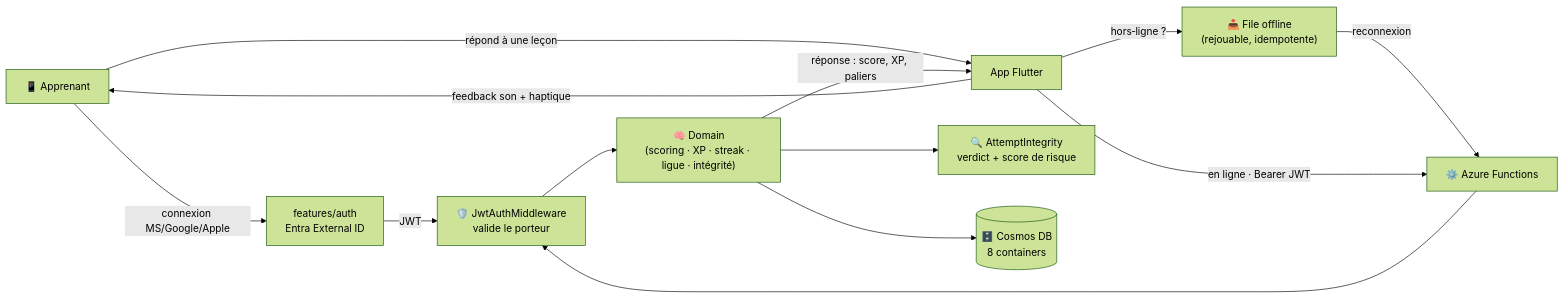
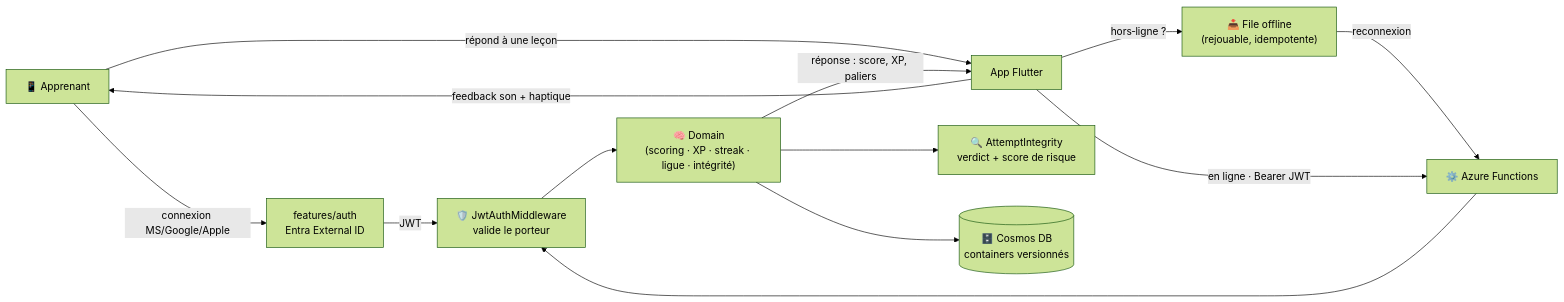
The second of 5 diagrams in docs/ETAT_DU_PROJET.md (gaby27072001/certigo), drawn with Mermaid (forest theme) before and after one commit. The commit also changed other lines of this file and 16 other files, not shown here.

````diff
--- a/docs/ETAT_DU_PROJET.md
+++ b/docs/ETAT_DU_PROJET.md
@@ -90,15 +129,15 @@
 ```mermaid
 flowchart LR
     U["📱 Apprenant"] -->|"connexion MS/Google/Apple"| AUTH["features/auth<br/>Entra External ID"]
     AUTH -->|"JWT"| MW["🛡️ JwtAuthMiddleware<br/>valide le porteur"]
     U -->|"répond à une leçon"| MOB["App Flutter"]
     MOB -->|"hors‑ligne ?"| Q["📥 File offline<br/>(rejouable, idempotente)"]
     Q -->|"reconnexion"| FUNC
     MOB -->|"en ligne · Bearer JWT"| FUNC["⚙️ Azure Functions"]
     FUNC --> MW
     MW --> DOM["🧠 Domain<br/>(scoring · XP · streak · ligue · intégrité)"]
     DOM --> INTEG["🔍 AttemptIntegrity<br/>verdict + score de risque"]
-    DOM --> COSMOS[("🗄️ Cosmos DB<br/>8 containers")]
+    DOM --> COSMOS[("🗄️ Cosmos DB<br/>containers versionnés")]
     DOM -->|"réponse : score, XP, paliers"| MOB
     MOB -->|"feedback son + haptique"| U
 ```
````
